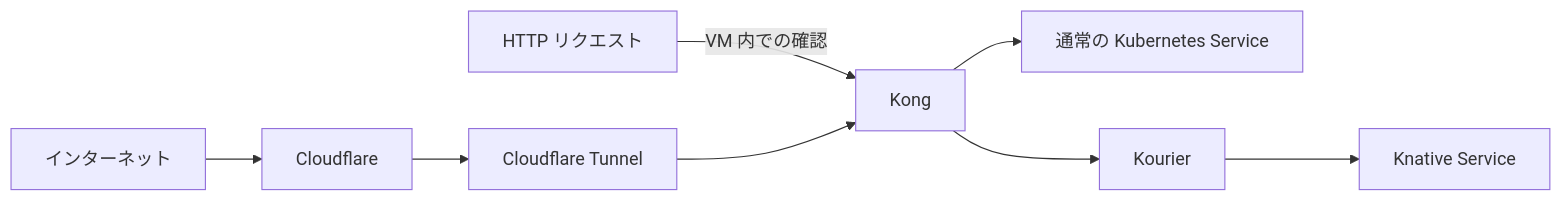
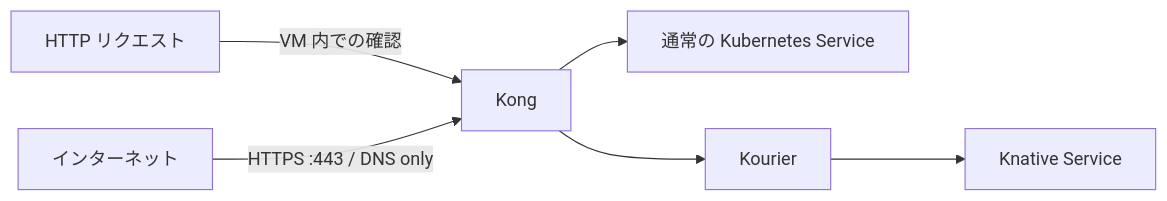
Before and after one commit to sasano8/infra-kubernetes: the diagram in README.md, drawn with Mermaid. The commit also changed other lines of this file and 10 other files, not shown here.

Commit message:
feat: automate Kong TLS certificates with cert-manager and Cloudflare DNS-01

````diff
--- a/README.md
+++ b/README.md
@@ -6,7 +6,7 @@
 ```mermaid
 flowchart LR
     HTTP[HTTP リクエスト] -->|VM 内での確認| Kong
-    Internet[インターネット] --> Cloudflare --> Tunnel[Cloudflare Tunnel] --> Kong
+    Internet[インターネット] -->|HTTPS :443 / DNS only| Kong
     Kong --> Service[通常の Kubernetes Service]
     Kong --> Kourier --> Knative[Knative Service]
 ```
````
